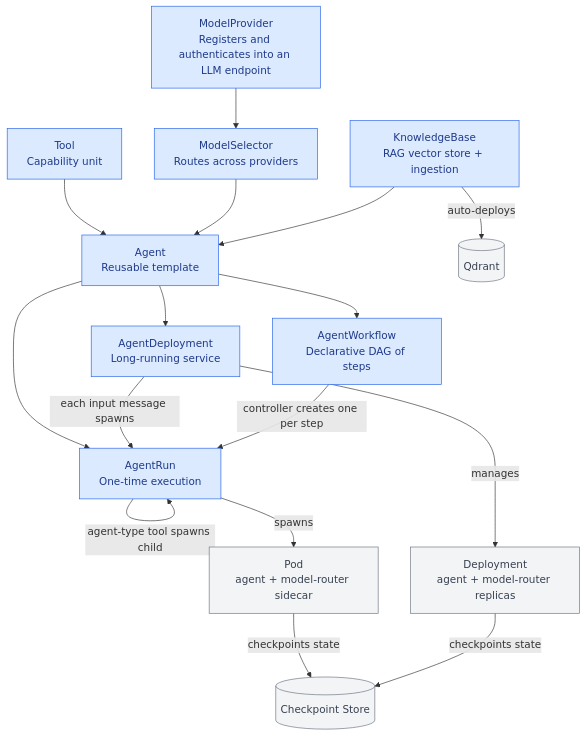
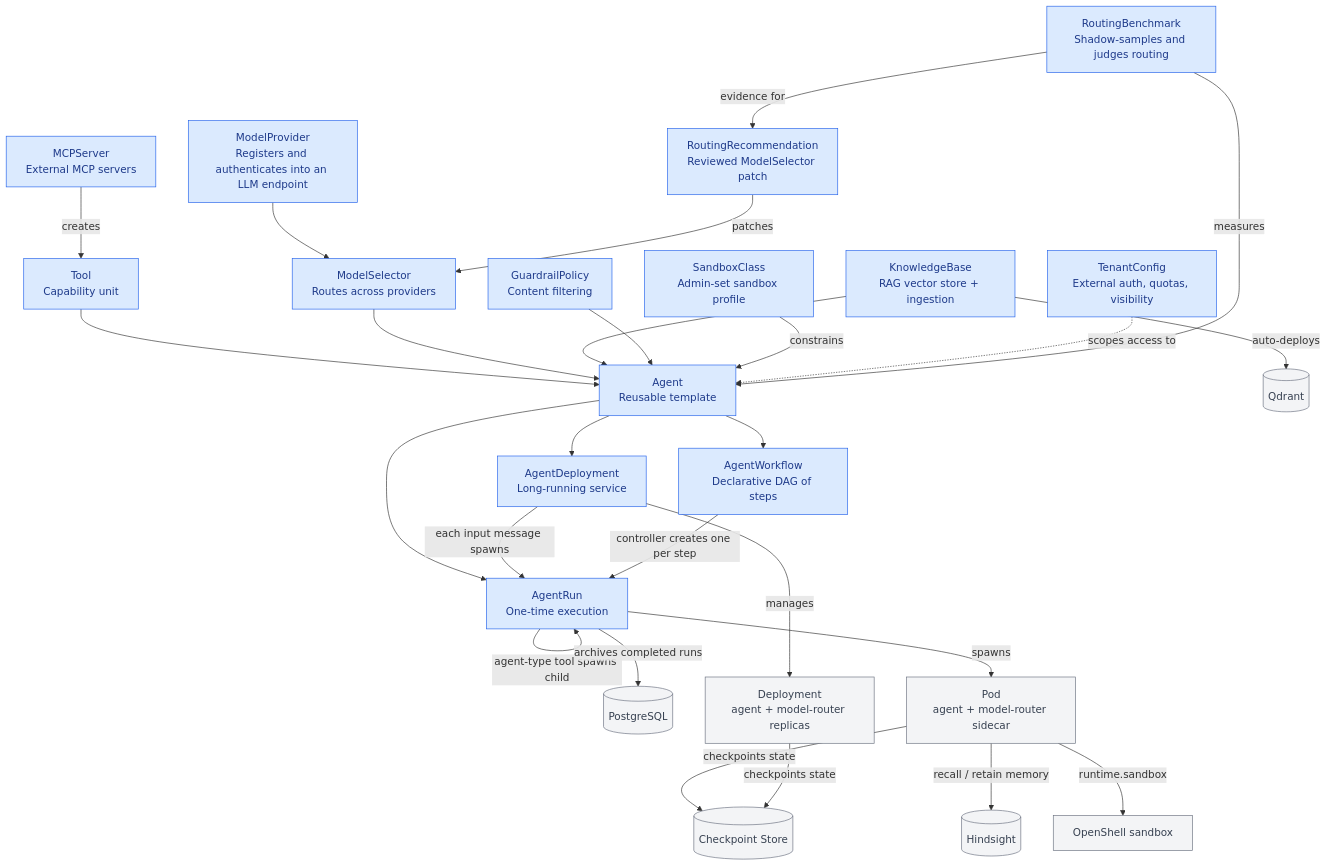
The first of 6 diagrams in docs/crds.md (heddles/agent-orca), drawn with Mermaid before and after one commit. The commit also changed other lines of this file and 2 other files, not shown here.

First line of the commit message:
docs: show OpenShell, Postgres and Hindsight in the architecture, document all CRDs (#186)

````diff
--- a/docs/crds.md
+++ b/docs/crds.md
@@ -9,26 +9,36 @@
 ```mermaid
 graph TD
     MP[ModelProvider<br/>Registers and authenticates into an LLM endpoint] --> MS[ModelSelector<br/>Routes across providers]
     T[Tool<br/>Capability unit] --> A[Agent<br/>Reusable template]
     MS --> A
     KB[KnowledgeBase<br/>RAG vector store + ingestion] --> A
     A --> AR[AgentRun<br/>One-time execution]
     A --> AD[AgentDeployment<br/>Long-running service]
     A --> AW[AgentWorkflow<br/>Declarative DAG of steps]
+    GP[GuardrailPolicy<br/>Content filtering] --> A
+    MCPS[MCPServer<br/>External MCP servers] -->|creates| T
+    SC[SandboxClass<br/>Admin-set sandbox profile] -->|constrains| A
+    TC[TenantConfig<br/>External auth, quotas, visibility] -.->|scopes access to| A
+    RB[RoutingBenchmark<br/>Shadow-samples and judges routing] -->|measures| A
+    RB -->|evidence for| RR[RoutingRecommendation<br/>Reviewed ModelSelector patch]
+    RR -->|patches| MS
 
     AD -->|each input message spawns| AR
     AR -->|agent-type tool spawns child| AR
     AW -->|controller creates one per step| AR
 
     AR -->|spawns| Pod1[Pod<br/>agent + model-router sidecar]
     AD -->|manages| Dep[Deployment<br/>agent + model-router replicas]
 
     Pod1 -->|checkpoints state| CS[(Checkpoint Store)]
     Dep -->|checkpoints state| CS
     KB -->|auto-deploys| QD[(Qdrant)]
+    AR -->|archives completed runs| PG[(PostgreSQL)]
+    Pod1 -->|recall / retain memory| HS[(Hindsight)]
+    Pod1 -->|runtime.sandbox| OS[OpenShell sandbox]
 
     classDef crd fill:#dbeafe,stroke:#2563eb,color:#1e3a8a
     classDef infra fill:#f3f4f6,stroke:#6b7280,color:#374151
-    class MP,MS,T,A,AR,AD,AW,KB crd
-    class Pod1,Dep,CS,QD infra
+    class MP,MS,T,A,AR,AD,AW,KB,GP,MCPS,SC,TC,RB,RR crd
+    class Pod1,Dep,CS,QD,PG,HS,OS infra
 ```
````
